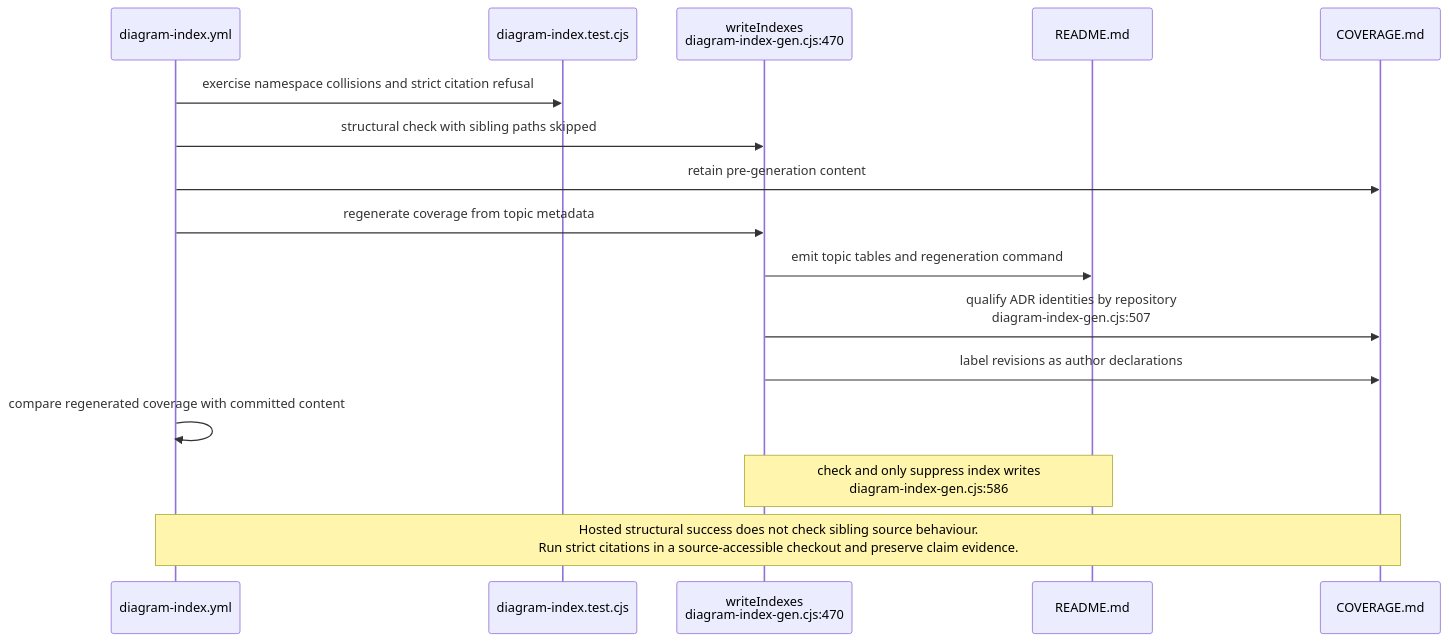
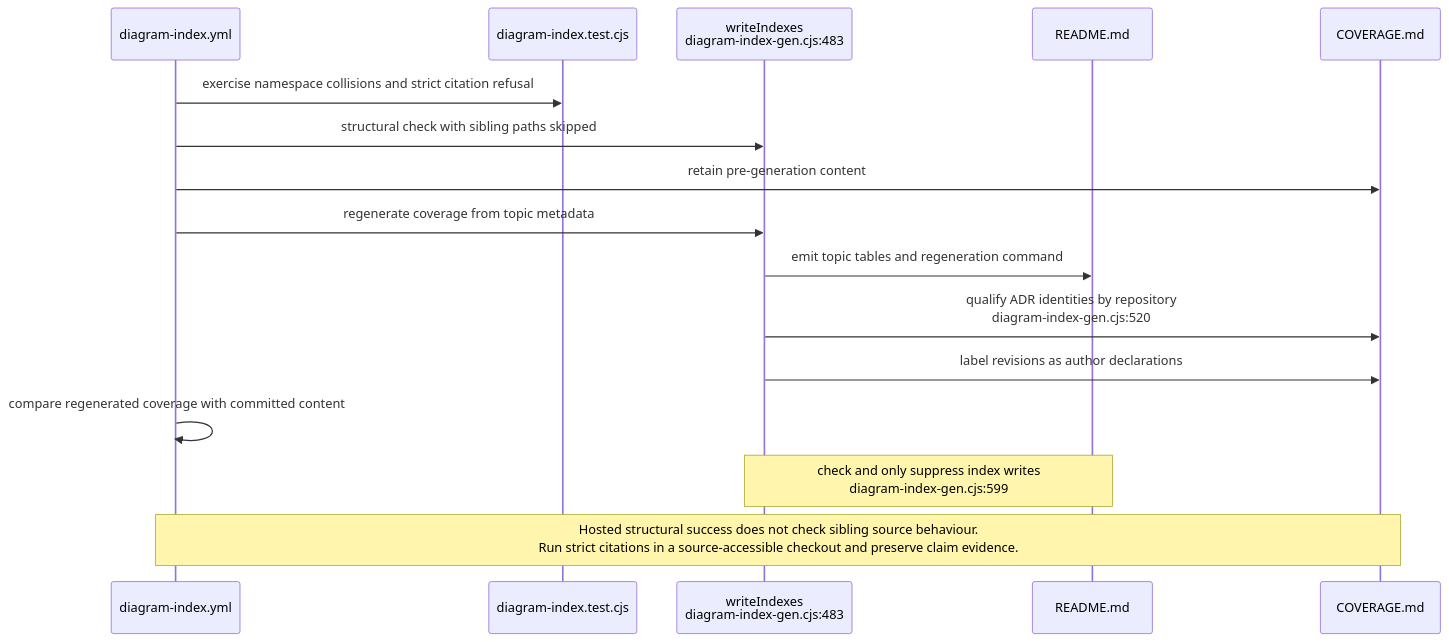
Before and after one commit to DreamLab-AI/VisionFlow: diagram 12 of 13 in docs/diagrams/visionflow/06-diagram-tooling.md, drawn with Mermaid. The commit also changed other lines of this file and 292 other files, not shown here.

````diff
--- a/docs/diagrams/visionflow/06-diagram-tooling.md
+++ b/docs/diagrams/visionflow/06-diagram-tooling.md
@@ -355,18 +355,18 @@
 ```mermaid
 sequenceDiagram
     participant CI as diagram-index.yml
     participant T as diagram-index.test.cjs
-    participant G as writeIndexes<br/>diagram-index-gen.cjs:470
+    participant G as writeIndexes<br/>diagram-index-gen.cjs:483
     participant RM as README.md
     participant CV as COVERAGE.md
     CI->>T: exercise namespace collisions and strict citation refusal
     CI->>G: structural check with sibling paths skipped
     CI->>CV: retain pre-generation content
     CI->>G: regenerate coverage from topic metadata
     G->>RM: emit topic tables and regeneration command
-    G->>CV: qualify ADR identities by repository<br/>diagram-index-gen.cjs:507
+    G->>CV: qualify ADR identities by repository<br/>diagram-index-gen.cjs:520
     G->>CV: label revisions as author declarations
     CI->>CI: compare regenerated coverage with committed content
-    Note over G,RM: check and only suppress index writes<br/>diagram-index-gen.cjs:586
+    Note over G,RM: check and only suppress index writes<br/>diagram-index-gen.cjs:599
     Note over CI,CV: Hosted structural success does not check sibling source behaviour.<br/>Run strict citations in a source-accessible checkout and preserve claim evidence.
 ```
````
